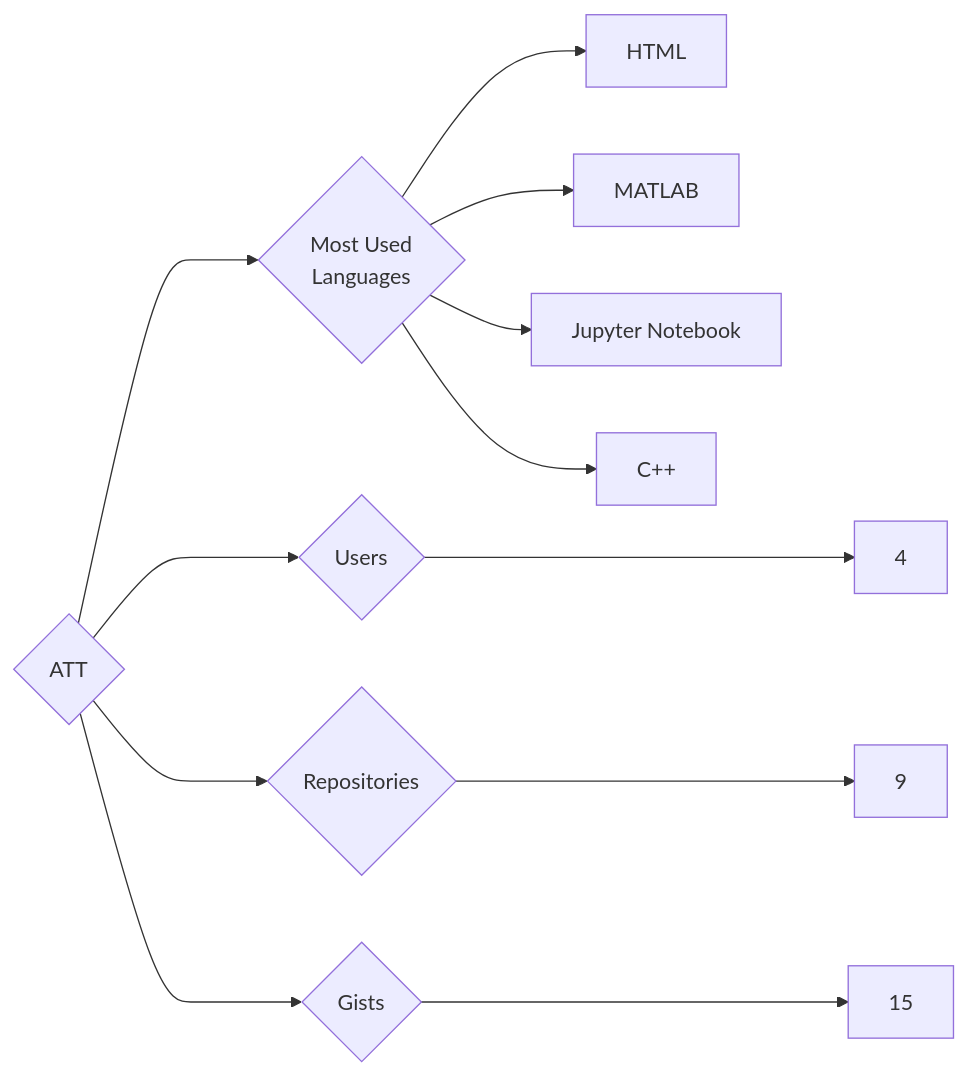
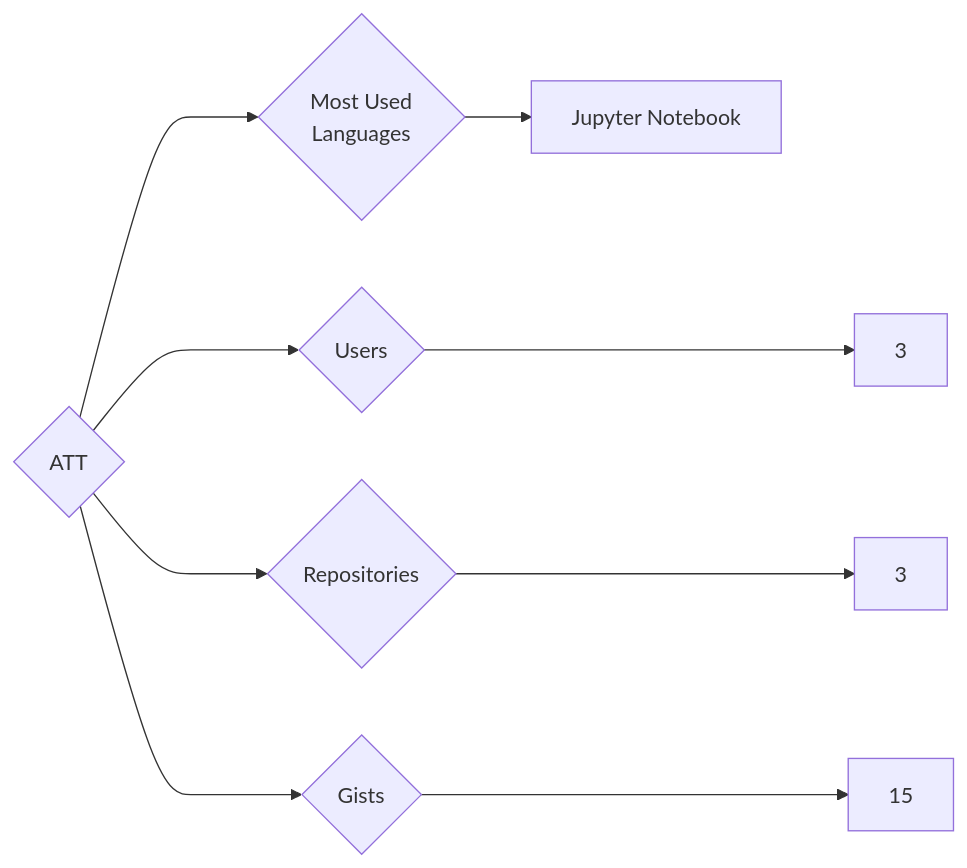
One commit to trickest/insiders changed the diagram in targets/ATT/README.md. Above: the diagram before and after it, drawn with Mermaid. The commit also changed 1167 other files, not shown here.

````diff
--- a/targets/ATT/README.md
+++ b/targets/ATT/README.md
@@ -3,12 +3,9 @@
 ```mermaid
 graph LR
 COMPANY_NAME{ATT}
-COMPANY_NAME ---> U{Users} ---> UN[4]
-COMPANY_NAME ---> R{Repositories} ---> RN[9]
+COMPANY_NAME ---> U{Users} ---> UN[3]
+COMPANY_NAME ---> R{Repositories} ---> RN[3]
 COMPANY_NAME ---> G{Gists} ---> GN[15]
 COMPANY_NAME ---> ML{Most Used<br>Languages}
-ML --> HTML[HTML]
-ML --> MATLAB[MATLAB]
 ML --> Jupyter_Notebook[Jupyter Notebook]
-ML --> C++[C++]
 ```
````
